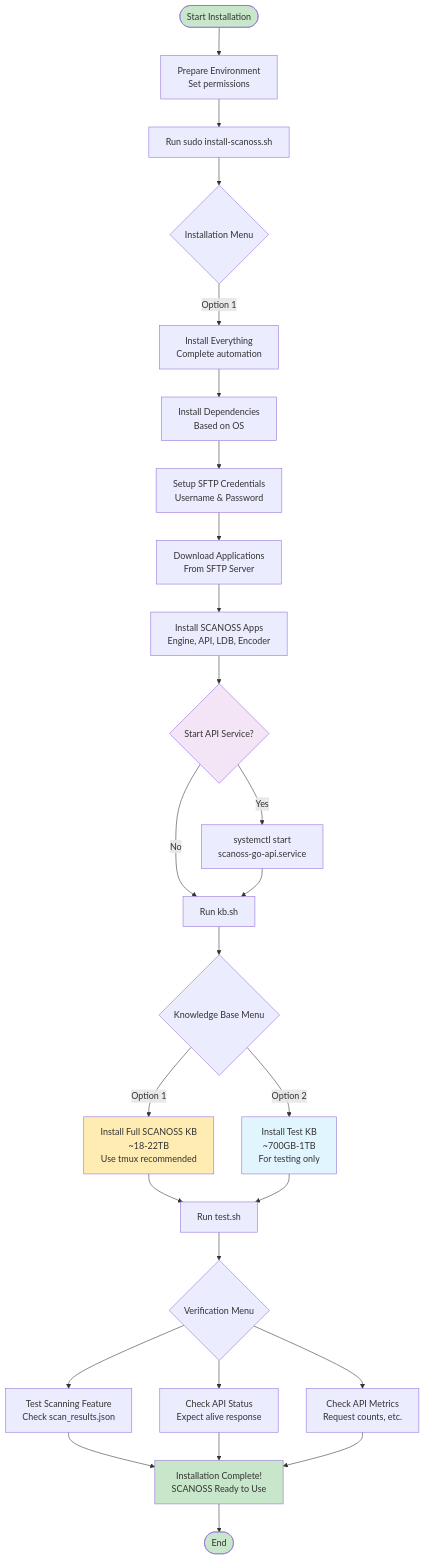
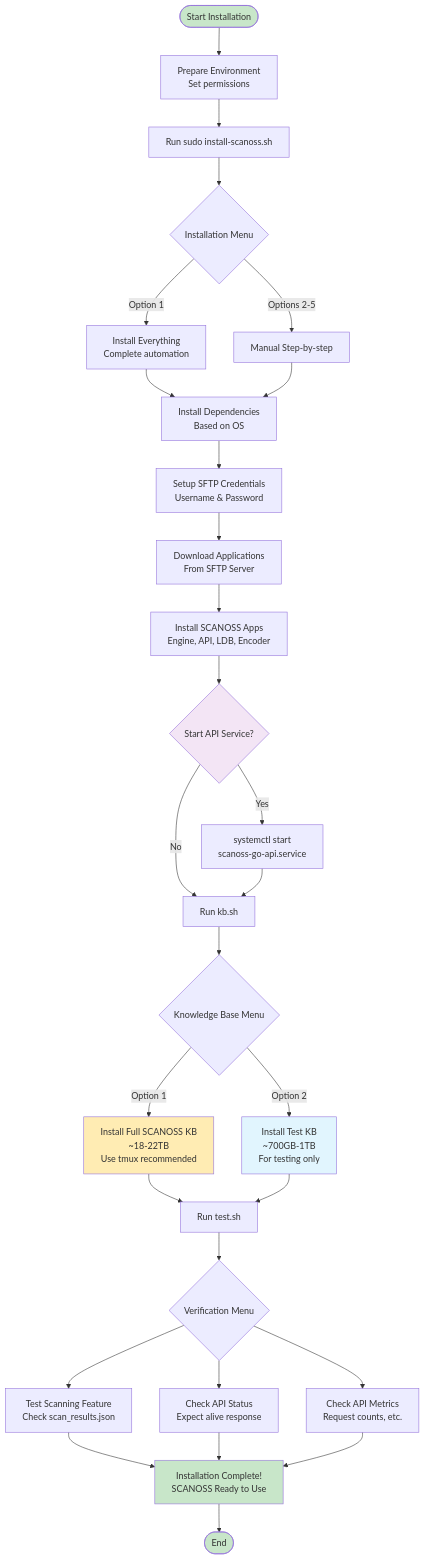
One commit to scanossmining/on-premise changed the diagram in install/README.md. Above: the diagram before and after it, drawn with Mermaid. The commit also changed other lines of this file, not shown here.

````diff
--- a/install/README.md
+++ b/install/README.md
@@ -33,50 +35,52 @@
 ```mermaid
 flowchart TD
     START([Start Installation]) --> PREP[Prepare Environment<br/>Set permissions]
     
     PREP --> INSTALL[Run sudo install-scanoss.sh]
     
     INSTALL --> MENU{Installation Menu}
     
     MENU -->|Option 1| ALL[Install Everything<br/>Complete automation]
+    MENU -->|Options 2-5| MANUAL[Manual Step-by-step]
     
     ALL --> DEPS[Install Dependencies<br/>Based on OS]
+    MANUAL --> DEPS
     
     DEPS --> SFTP[Setup SFTP Credentials<br/>Username & Password]
     
     SFTP --> DOWNLOAD[Download Applications<br/>From SFTP Server]
     
     DOWNLOAD --> APPS[Install SCANOSS Apps<br/>Engine, API, LDB, Encoder]
     
     APPS --> API_START{Start API Service?}
     API_START -->|Yes| START_API[systemctl start<br/>scanoss-go-api.service]
     API_START -->|No| KB_INSTALL
     START_API --> KB_INSTALL[Run kb.sh]
     
     KB_INSTALL --> KB_MENU{Knowledge Base Menu}
     
     KB_MENU -->|Option 1| FULL_KB[Install Full SCANOSS KB<br/>~18-22TB<br/>Use tmux recommended]
     KB_MENU -->|Option 2| TEST_KB[Install Test KB<br/>~700GB-1TB<br/>For testing only]
     
     FULL_KB --> VERIFY[Run test.sh]
     TEST_KB --> VERIFY
     
     VERIFY --> TEST_MENU{Verification Menu}
     
     TEST_MENU --> SCAN_TEST[Test Scanning Feature<br/>Check scan_results.json]
     TEST_MENU --> API_TEST[Check API Status<br/>Expect alive response]
     TEST_MENU --> METRICS[Check API Metrics<br/>Request counts, etc.]
     
     SCAN_TEST --> SUCCESS
     API_TEST --> SUCCESS
     METRICS --> SUCCESS[Installation Complete!<br/>SCANOSS Ready to Use]
     
     SUCCESS --> END([End])
     
     style START fill:#c8e6c9
     style SUCCESS fill:#c8e6c9
     style END fill:#c8e6c9
     style FULL_KB fill:#ffecb3
     style TEST_KB fill:#e1f5fe
     style API_START fill:#f3e5f5
 ```
````
